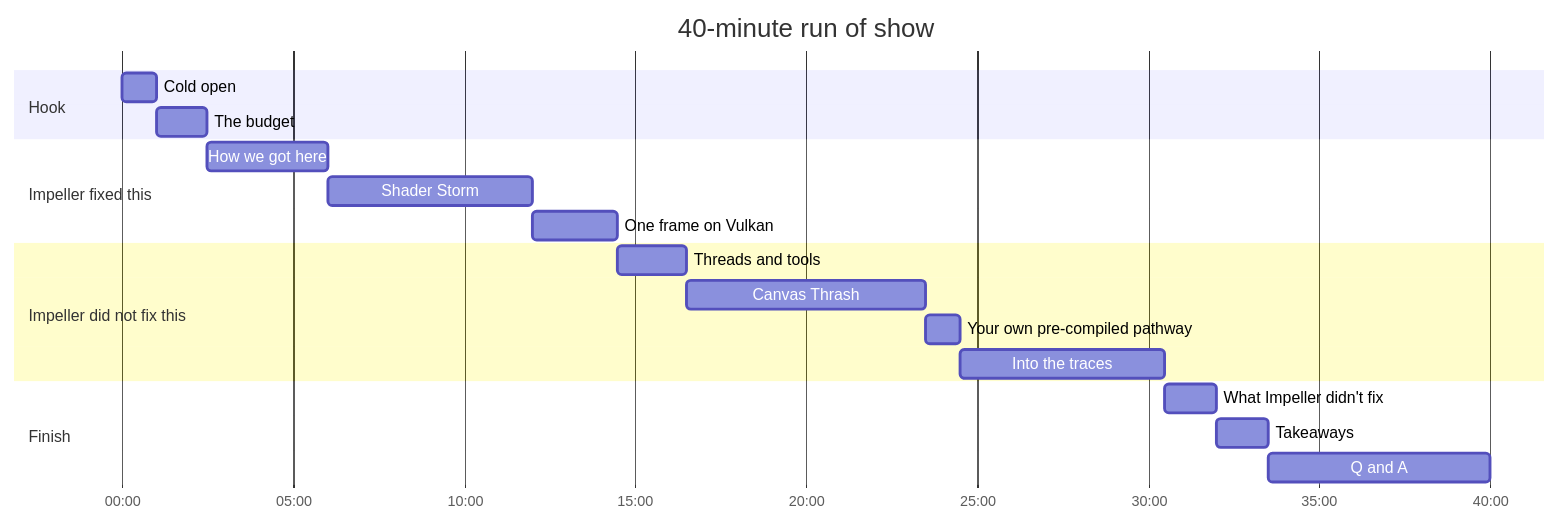
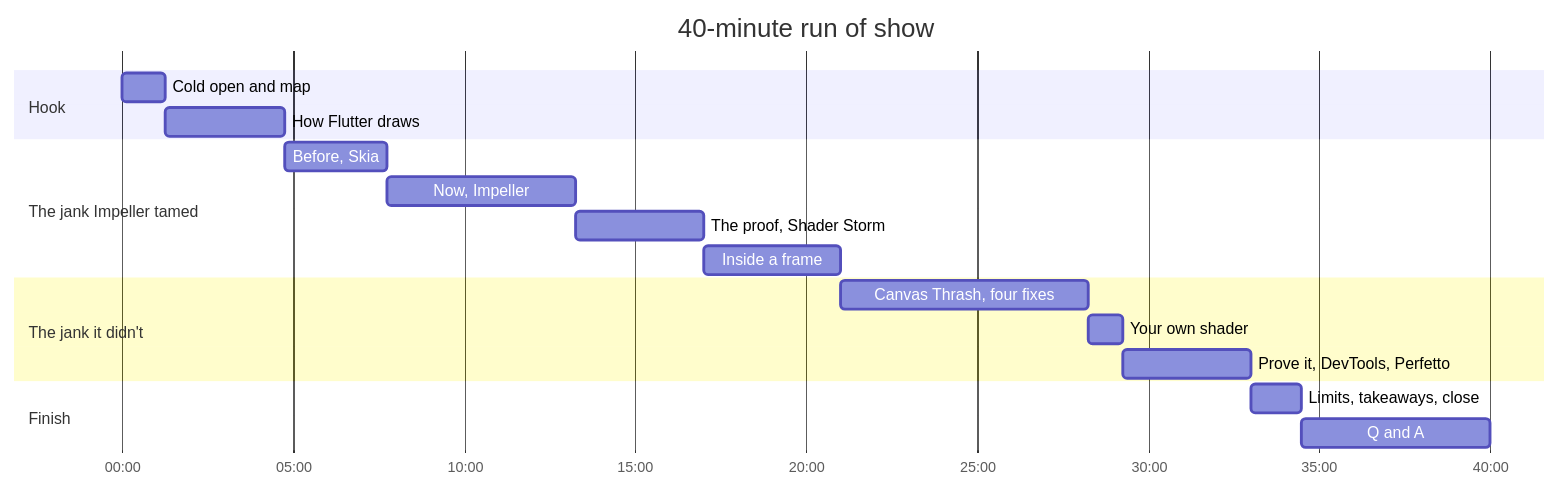
Before and after one commit to cm-collins/fluttercon-demo-app: the second of 2 diagrams in docs/talk/talk-outline.md, drawn with Mermaid. The commit also changed other lines of this file and 12 other files, not shown here.

````diff
--- a/docs/talk/talk-outline.md
+++ b/docs/talk/talk-outline.md
@@ -49,22 +51,21 @@
 ```mermaid
 gantt
     title 40-minute run of show
     dateFormat mm:ss
     axisFormat %M:%S
     section Hook
-    Cold open                     :h1, 00:00, 1m
-    The budget                    :h2, after h1, 90s
-    section Impeller fixed this
-    How we got here               :a1, after h2, 210s
-    Shader Storm                  :a2, after a1, 6m
-    One frame on Vulkan           :a3, after a2, 150s
-    section Impeller did not fix this
-    Threads and tools             :b1, after a3, 2m
-    Canvas Thrash                 :b2, after b1, 7m
-    Your own pre-compiled pathway :b4, after b2, 1m
-    Into the traces               :b3, after b4, 6m
+    Cold open and map             :h1, 00:00, 75s
+    How Flutter draws             :h2, after h1, 210s
+    section The jank Impeller tamed
+    Before, Skia                  :a1, after h2, 180s
+    Now, Impeller                 :a2, after a1, 330s
+    The proof, Shader Storm       :a3, after a2, 225s
+    Inside a frame                :a4, after a3, 240s
+    section The jank it didn't
+    Canvas Thrash, four fixes     :b1, after a4, 435s
+    Your own shader               :b2, after b1, 60s
+    Prove it, DevTools, Perfetto  :b3, after b2, 225s
     section Finish
-    What Impeller didn't fix      :f1, after b3, 90s
-    Takeaways                     :f2, after f1, 90s
-    Q and A                       :f3, after f2, 390s
+    Limits, takeaways, close      :f1, after b3, 90s
+    Q and A                       :f2, after f1, 330s
 ```
````
